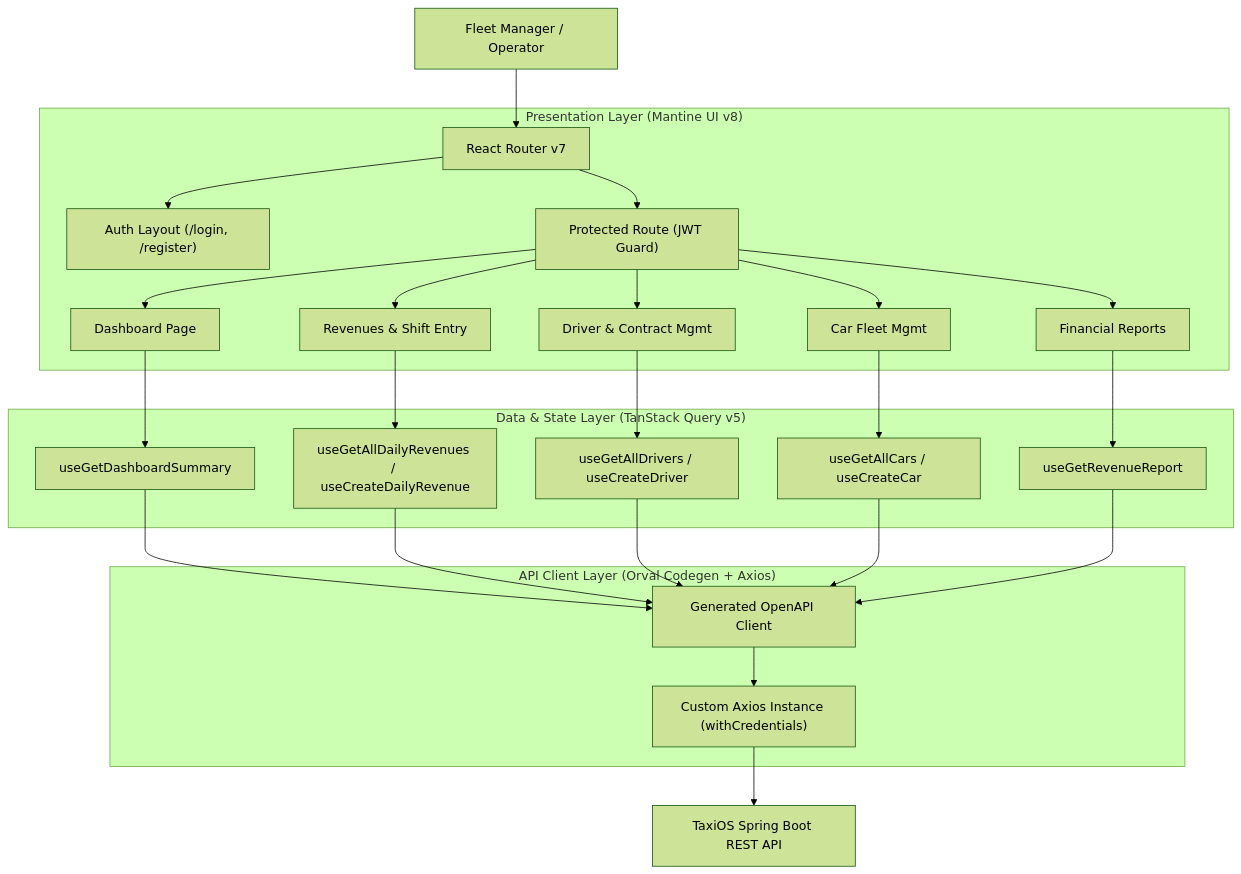
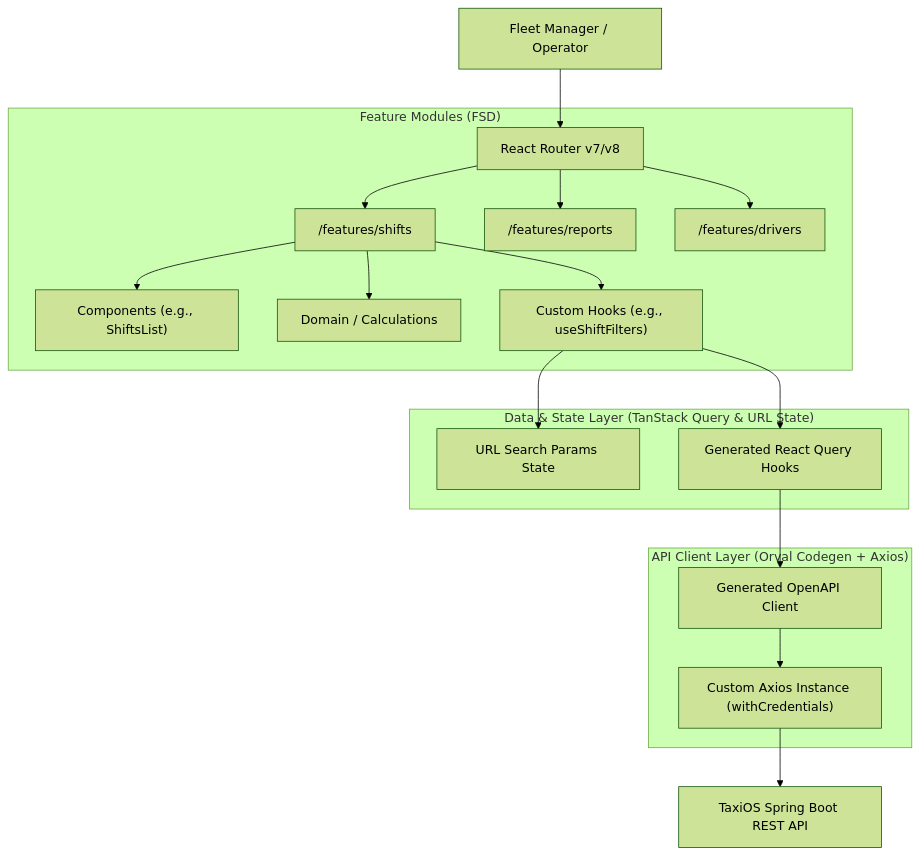
The diagram in README.md (markokosic/taxios-frontend-web), drawn with Mermaid (forest theme) before and after one commit. The commit also changed other lines of this file and 3 other files, not shown here.

````diff
--- a/README.md
+++ b/README.md
@@ -107,35 +120,26 @@
 ```mermaid
 graph TD
-    User["Fleet Manager / Operator"] --> Router["React Router v7"]
+    User["Fleet Manager / Operator"] --> Router["React Router v7/v8"]
 
-    subgraph "Presentation Layer (Mantine UI v8)"
-        Router --> AuthLayout["Auth Layout (/login, /register)"]
-        Router --> ProtectedRoute["Protected Route (JWT Guard)"]
+    subgraph "Feature Modules (FSD)"
+        Router --> ShiftsFeature["/features/shifts"]
+        Router --> ReportsFeature["/features/reports"]
+        Router --> DriversFeature["/features/drivers"]
 
-        ProtectedRoute --> DashboardPage["Dashboard Page"]
-        ProtectedRoute --> RevenuesPage["Revenues & Shift Entry"]
-        ProtectedRoute --> DriversPage["Driver & Contract Mgmt"]
-        ProtectedRoute --> CarsPage["Car Fleet Mgmt"]
-        ProtectedRoute --> ReportsPage["Financial Reports"]
+        ShiftsFeature --> ShiftsUI["Components (e.g., ShiftsList)"]
+        ShiftsFeature --> ShiftsLogic["Domain / Calculations"]
+        ShiftsFeature --> ShiftsHooks["Custom Hooks (e.g., useShiftFilters)"]
     end
 
-    subgraph "Data & State Layer (TanStack Query v5)"
-        DashboardPage --> DashboardHooks["useGetDashboardSummary"]
-        RevenuesPage --> RevenueHooks["useGetAllDailyRevenues / useCreateDailyRevenue"]
-        DriversPage --> DriverHooks["useGetAllDrivers / useCreateDriver"]
-        CarsPage --> CarHooks["useGetAllCars / useCreateCar"]
-        ReportsPage --> ReportHooks["useGetRevenueReport"]
+    subgraph "Data & State Layer (TanStack Query & URL State)"
+        ShiftsHooks --> UrlFilters["URL Search Params State"]
+        ShiftsHooks --> QueryHooks["Generated React Query Hooks"]
     end
 
     subgraph "API Client Layer (Orval Codegen + Axios)"
-        DashboardHooks --> OrvalClient["Generated OpenAPI Client"]
-        RevenueHooks --> OrvalClient
-        DriverHooks --> OrvalClient
-        CarHooks --> OrvalClient
-        ReportHooks --> OrvalClient
-
+        QueryHooks --> OrvalClient["Generated OpenAPI Client"]
         OrvalClient --> AxiosInstance["Custom Axios Instance (withCredentials)"]
     end
 
     AxiosInstance --> BackendAPI["TaxiOS Spring Boot REST API"]
 ```
````
